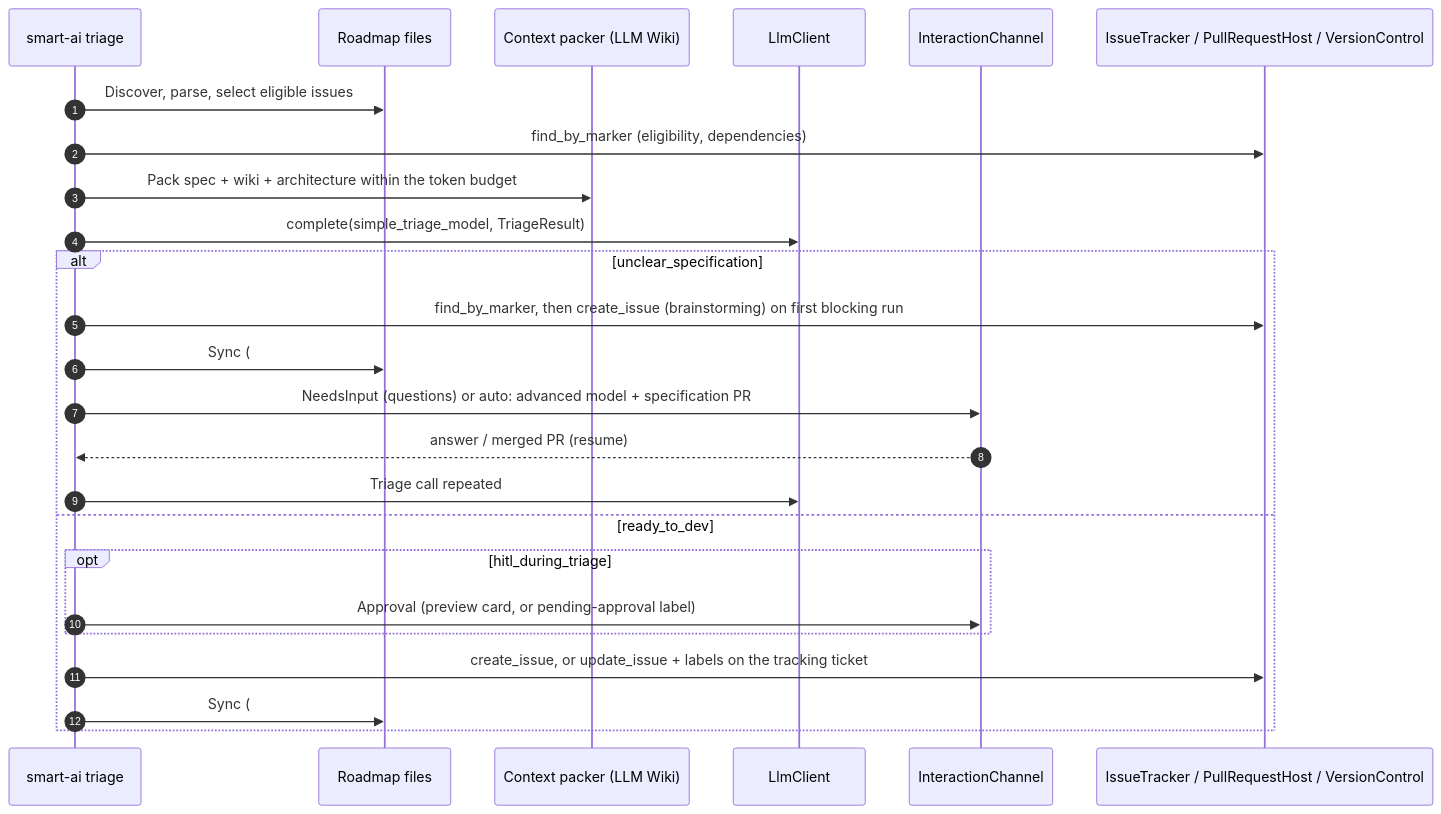
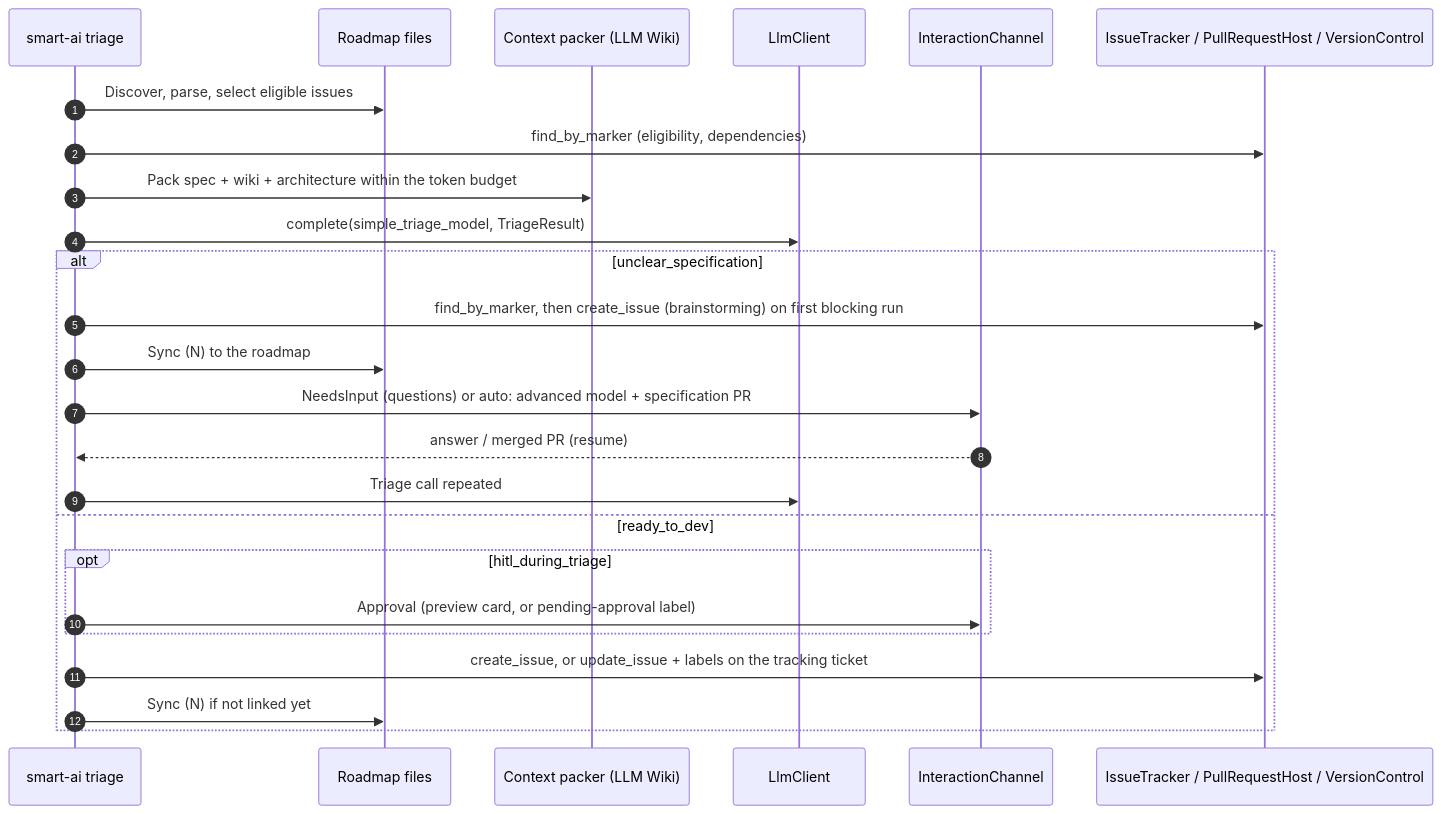
Before and after one commit to fletort/smart-ai-factory: the third of 3 diagrams in docs/specs/triage-engine.md, drawn with Mermaid. The commit also changed other lines of this file and 11 other files, not shown here.

````diff
--- a/docs/specs/triage-engine.md
+++ b/docs/specs/triage-engine.md
@@ -139,28 +141,28 @@
   ```mermaid
   sequenceDiagram
       autonumber
       participant Run as smart-ai triage
       participant RM as Roadmap files
       participant Ctx as Context packer (LLM Wiki)
       participant LLM as LlmClient
       participant Ch as InteractionChannel
       participant Trk as IssueTracker / PullRequestHost / VersionControl
 
       Run->>RM: Discover, parse, select eligible issues
       Run->>Trk: find_by_marker (eligibility, dependencies)
       Run->>Ctx: Pack spec + wiki + architecture within the token budget
       Run->>LLM: complete(simple_triage_model, TriageResult)
       alt unclear_specification
           Run->>Trk: find_by_marker, then create_issue (brainstorming) on first blocking run
-          Run->>RM: Sync (#N) to the roadmap
+          Run->>RM: Sync (N) to the roadmap
           Run->>Ch: NeedsInput (questions) or auto: advanced model + specification PR
           Ch-->>Run: answer / merged PR (resume)
           Run->>LLM: Triage call repeated
       else ready_to_dev
           opt hitl_during_triage
               Run->>Ch: Approval (preview card, or pending-approval label)
           end
           Run->>Trk: create_issue, or update_issue + labels on the tracking ticket
-          Run->>RM: Sync (#N) if not linked yet
+          Run->>RM: Sync (N) if not linked yet
       end
   ```
````
